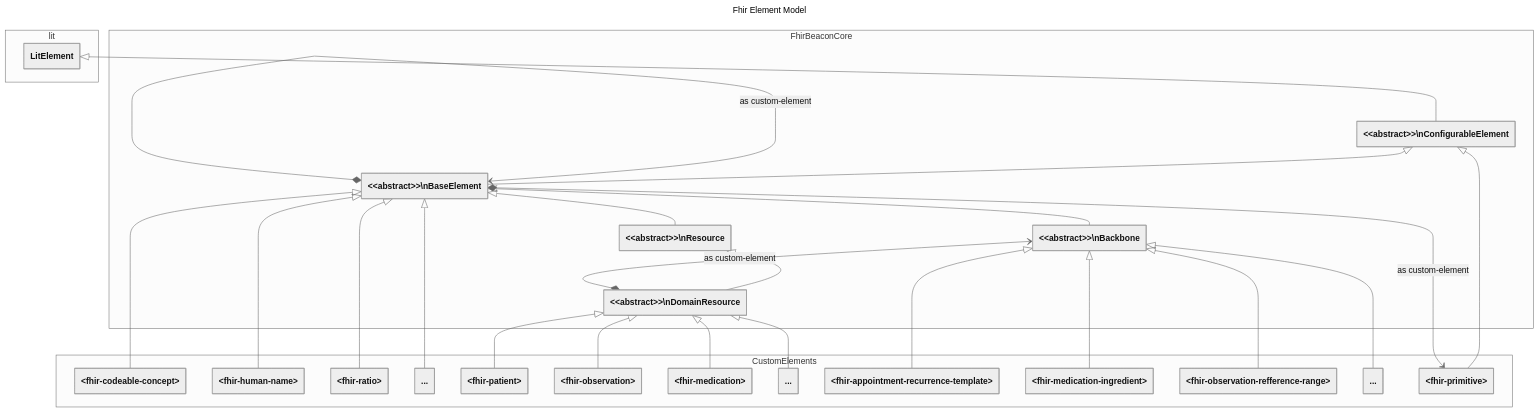
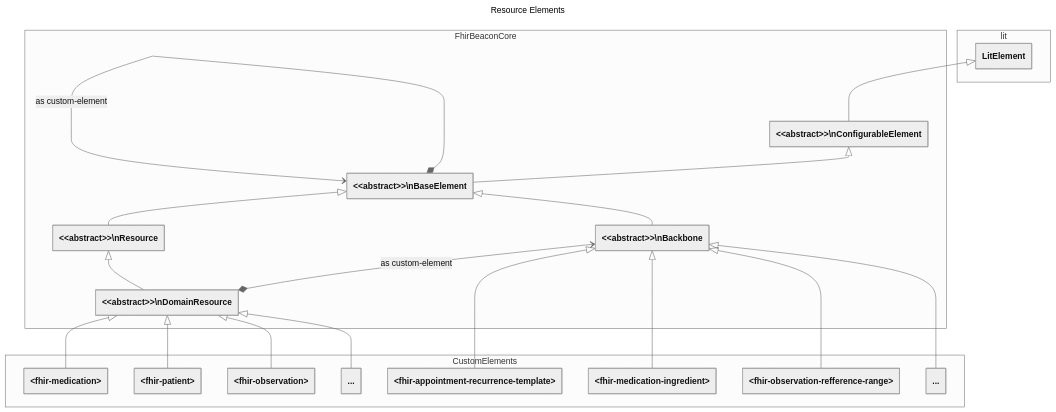
Before and after one commit to zenwork/fhir-beacon: the fourth of 5 diagrams in packages/library/docs/model.md, drawn with Mermaid. The commit also changed other lines of this file, not shown here.

First line of the commit message:
#14 Complete Observation

````diff
--- a/packages/library/docs/model.md
+++ b/packages/library/docs/model.md
@@ -185,67 +118,54 @@
 ```mermaid
 ---
-title: Fhir Element Model
+title: Resource Elements
 config:
   theme: neutral
   class:
     hideEmptyMembersBox: true
 ---
 classDiagram
     direction BT
 
     namespace lit {
         class LitElement:::dep
     }
 
     namespace FhirBeaconCore {
         class ConfigurableElement["&lt;&lt;abstract&gt;&gt;\nConfigurableElement"]:::base
         class BaseElement["&lt;&lt;abstract&gt;&gt;\nBaseElement"]:::base
         class Resource["&lt;&lt;abstract&gt;&gt;\nResource"]:::base
         class DomainResource["&lt;&lt;abstract&gt;&gt;\nDomainResource"]:::base
         class Backbone["&lt;&lt;abstract&gt;&gt;\nBackbone"]:::base
     }
 
     namespace CustomElements {
-        class CodeableConcept["&lt;fhir-codeable-concept&gt;"]:::cmp
-        class HumanName["&lt;fhir-human-name&gt;"]:::cmp
-        class Ratio["&lt;fhir-ratio&gt;"]:::cmp
-        class Etc2["..."]:::cmp
-
         class Patient["&lt;fhir-patient&gt;"]:::res
         class Observation["&lt;fhir-observation&gt;"]:::res
         class Medication["&lt;fhir-medication&gt;"]:::res
         class Etc["..."]:::res
+
         class AppointmentRecTmplt["&lt;fhir-appointment-recurrence-template&gt;"]:::res
         class MedicationIngredient["&lt;fhir-medication-ingredient&gt;"]:::res
         class ObservationRefRange["&lt;fhir-observation-refference-range&gt;"]:::res
         class Etc3["..."]:::res
-
-        class Primitive["&lt;fhir-primitive&gt;"]:::prim
     }
 
     ConfigurableElement --|> LitElement
     BaseElement --|> ConfigurableElement
     Resource --|> BaseElement
     DomainResource --|> Resource
     Backbone --|> BaseElement
-    Primitive --|> ConfigurableElement
-    AppointmentRecTmplt --|> Backbone
-    MedicationIngredient --|> Backbone
-    ObservationRefRange --|> Backbone
-    Etc3 --|> Backbone
     DomainResource *--> Backbone: as custom-element
-    Primitive <--* BaseElement: as custom-element
     BaseElement <--* BaseElement: as custom-element
     Medication --|> DomainResource
     Patient --|> DomainResource
     Observation --|> DomainResource
     Etc --|> DomainResource
-    CodeableConcept --|> BaseElement
-    HumanName --|> BaseElement
-    Ratio --|> BaseElement
-    Etc2 --|> BaseElement
-
+    AppointmentRecTmplt --|> Backbone
+    MedicationIngredient --|> Backbone
+    ObservationRefRange --|> Backbone
+    Etc3 --|> Backbone
 
 
 
 ```
````
